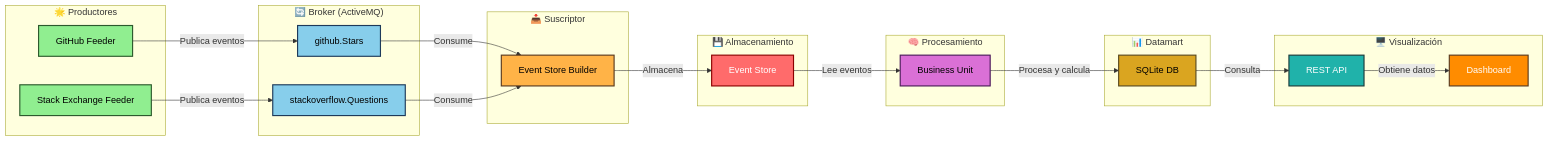
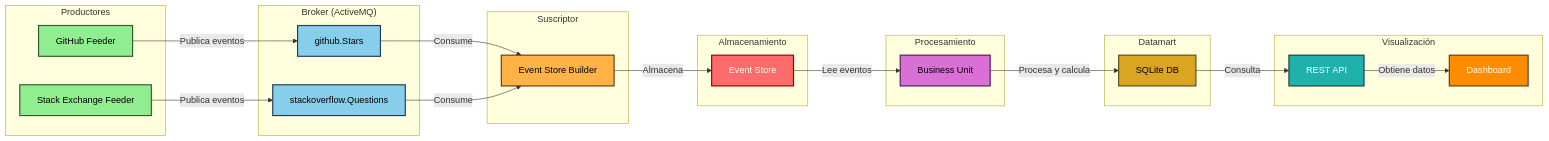
One commit to TechnoRadar/techno-radar changed the first of 5 diagrams in README.md. Above: the diagram before and after it, drawn with Mermaid.

Commit message:
Fix formatting in flowchart section of README

````diff
--- a/README.md
+++ b/README.md
@@ -73,52 +73,52 @@
 ```mermaid
 graph LR
-    subgraph Producers["🌟 Productores"]
+    subgraph Producers["Productores"]
         A1["GitHub Feeder"]:::producer
         A2["Stack Exchange Feeder"]:::producer
     end
     
-    subgraph Broker["🔄 Broker (ActiveMQ)"]
+    subgraph Broker["Broker (ActiveMQ)"]
         B1["github.Stars"]:::topic
         B2["stackoverflow.Questions"]:::topic
     end
     
-    subgraph Subscriber["📥 Suscriptor"]
+    subgraph Subscriber["Suscriptor"]
         C1["Event Store Builder"]:::subscriber
     end
     
-    subgraph Storage["💾 Almacenamiento"]
+    subgraph Storage["Almacenamiento"]
         D1["Event Store"]:::storage
     end
     
-    subgraph Processing["🧠 Procesamiento"]
+    subgraph Processing["Procesamiento"]
         E1["Business Unit"]:::processor
     end
     
-    subgraph DataStorage["📊 Datamart"]
+    subgraph DataStorage["Datamart"]
         F1["SQLite DB"]:::datamart
     end
     
-    subgraph Visualization["🖥️ Visualización"]
+    subgraph Visualization["Visualización"]
         G1["REST API"]:::api
         G2["Dashboard"]:::dashboard
     end
     
     A1 -->|Publica eventos| B1
     A2 -->|Publica eventos| B2
     B1 -->|Consume| C1
     B2 -->|Consume| C1
     C1 -->|Almacena| D1
     D1 -->|Lee eventos| E1
     E1 -->|Procesa y calcula| F1
     F1 -->|Consulta| G1
     G1 -->|Obtiene datos| G2
     
     classDef producer fill:#90EE90,stroke:#2d5a2d,stroke-width:2px,color:#000
     classDef topic fill:#87CEEB,stroke:#1e3a5a,stroke-width:2px,color:#000
     classDef subscriber fill:#FFB347,stroke:#5a3a1e,stroke-width:2px,color:#000
     classDef storage fill:#FF6B6B,stroke:#8b0000,stroke-width:2px,color:#fff
     classDef processor fill:#DA70D6,stroke:#4a1a5a,stroke-width:2px,color:#000
     classDef datamart fill:#DAA520,stroke:#5a4a1e,stroke-width:2px,color:#000
     classDef api fill:#20B2AA,stroke:#1a3a3a,stroke-width:2px,color:#fff
     classDef dashboard fill:#FF8C00,stroke:#5a3a1e,stroke-width:2px,color:#fff
 ```
````
